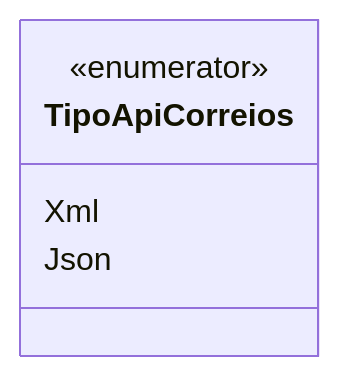
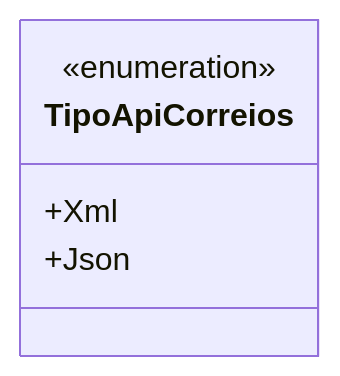
One commit to IsthmusSistemas/documentacao-tecnica changed the diagram in docs/b2b-dominio/IsthmusWinthor.Nucleo/IsthmusWinthor.Dominio/Enumeradores/TipoApiCorreios.md. Above: the diagram before and after it, drawn with Mermaid. The commit also changed other lines of this file and 882 other files, not shown here.

````diff
--- a/docs/b2b-dominio/IsthmusWinthor.Nucleo/IsthmusWinthor.Dominio/Enumeradores/TipoApiCorreios.md
+++ b/docs/b2b-dominio/IsthmusWinthor.Nucleo/IsthmusWinthor.Dominio/Enumeradores/TipoApiCorreios.md
@@ -10,8 +12,8 @@
 ```mermaid
 classDiagram
     class TipoApiCorreios {
-        <<enumerator>>
-        Xml
-        Json
+        <<enumeration>>
+        +Xml
+        +Json
     }
 ```
````
